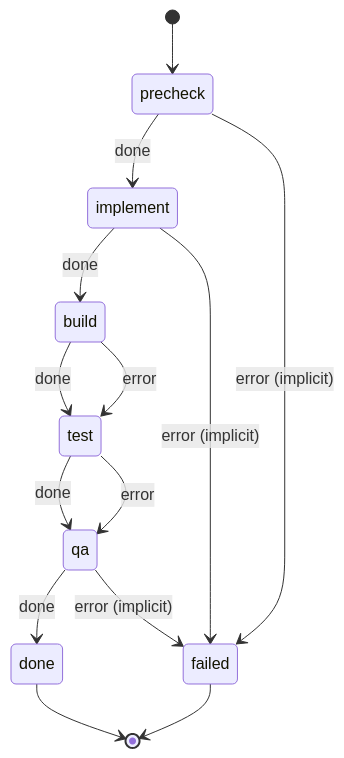
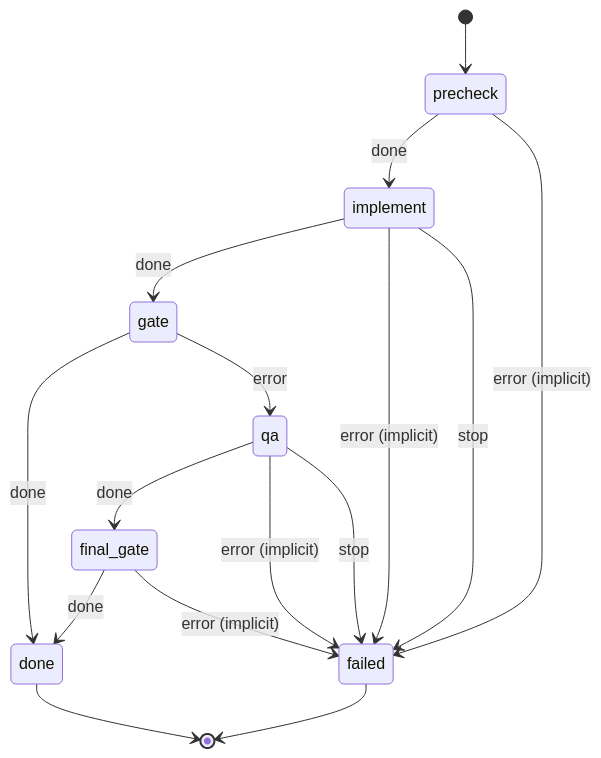
The diagram in .decree/graph/rust_develop.md (jtmckay/decree), drawn with Mermaid before and after one commit. The commit also changed other lines of this file and 19 other files, not shown here.

First line of the commit message:
rust_develop: gate first, QA only on failure, STOP and progress notes

````diff
--- a/.decree/graph/rust_develop.md
+++ b/.decree/graph/rust_develop.md
@@ -7,16 +7,18 @@
 ```mermaid
 stateDiagram-v2
     [*] --> precheck
-    build --> test: done
-    build --> test: error
-    implement --> build: done
+    final_gate --> done: done
+    final_gate --> failed: error (implicit)
+    gate --> done: done
+    gate --> qa: error
+    implement --> gate: done
     implement --> failed: error (implicit)
+    implement --> failed: stop
     precheck --> implement: done
     precheck --> failed: error (implicit)
-    qa --> done: done
+    qa --> final_gate: done
     qa --> failed: error (implicit)
-    test --> qa: done
-    test --> qa: error
+    qa --> failed: stop
     done --> [*]
     failed --> [*]
 ```
````
